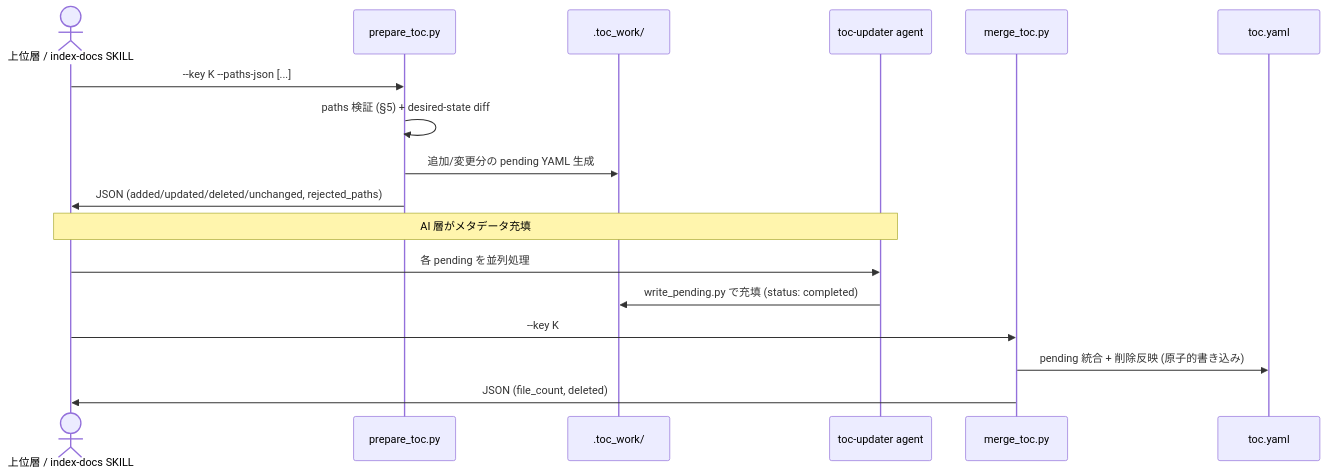
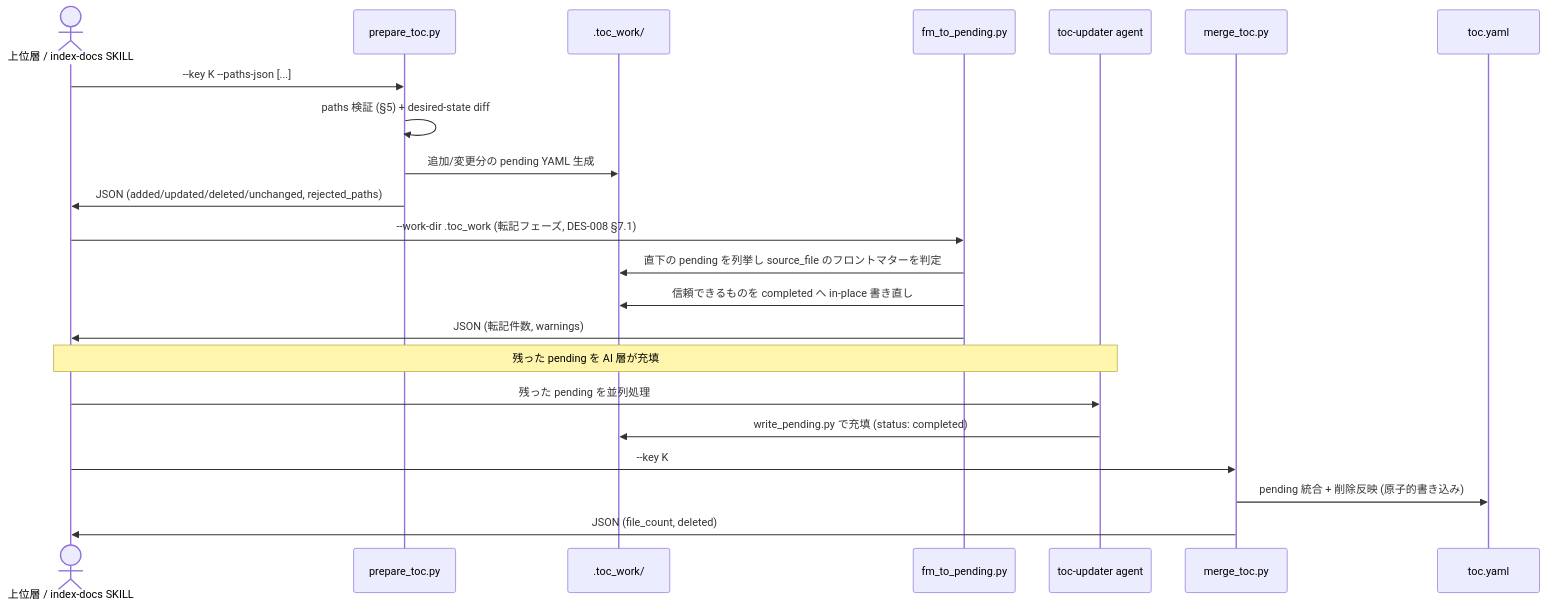
One commit to BlueEventHorizon/DocAdvisor-CC changed the fourth of 7 diagrams in docs/specs/base/design/DES-005_toc_generation_flow.md. Above: the diagram before and after it, drawn with Mermaid. The commit also changed other lines of this file and 3 other files, not shown here.

````diff
--- a/docs/specs/base/design/DES-005_toc_generation_flow.md
+++ b/docs/specs/base/design/DES-005_toc_generation_flow.md
@@ -233,20 +254,25 @@
 ```mermaid
 sequenceDiagram
     actor Caller as 上位層 / index-docs SKILL
     participant Prep as prepare_toc.py
     participant Work as .toc_work/
+    participant FM as fm_to_pending.py
     participant Agent as toc-updater agent
     participant Merge as merge_toc.py
     participant Store as toc.yaml
 
     Caller->>Prep: --key K --paths-json [...]
     Prep->>Prep: paths 検証 (§5) + desired-state diff
     Prep->>Work: 追加/変更分の pending YAML 生成
     Prep->>Caller: JSON (added/updated/deleted/unchanged, rejected_paths)
-    Note over Caller,Agent: AI 層がメタデータ充填
-    Caller->>Agent: 各 pending を並列処理
+    Caller->>FM: --work-dir .toc_work (転記フェーズ, DES-008 §7.1)
+    FM->>Work: 直下の pending を列挙し source_file のフロントマターを判定
+    FM->>Work: 信頼できるものを completed へ in-place 書き直し
+    FM->>Caller: JSON (転記件数, warnings)
+    Note over Caller,Agent: 残った pending を AI 層が充填
+    Caller->>Agent: 残った pending を並列処理
     Agent->>Work: write_pending.py で充填 (status: completed)
     Caller->>Merge: --key K
     Merge->>Store: pending 統合 + 削除反映 (原子的書き込み)
     Merge->>Caller: JSON (file_count, deleted)
 ```
````
